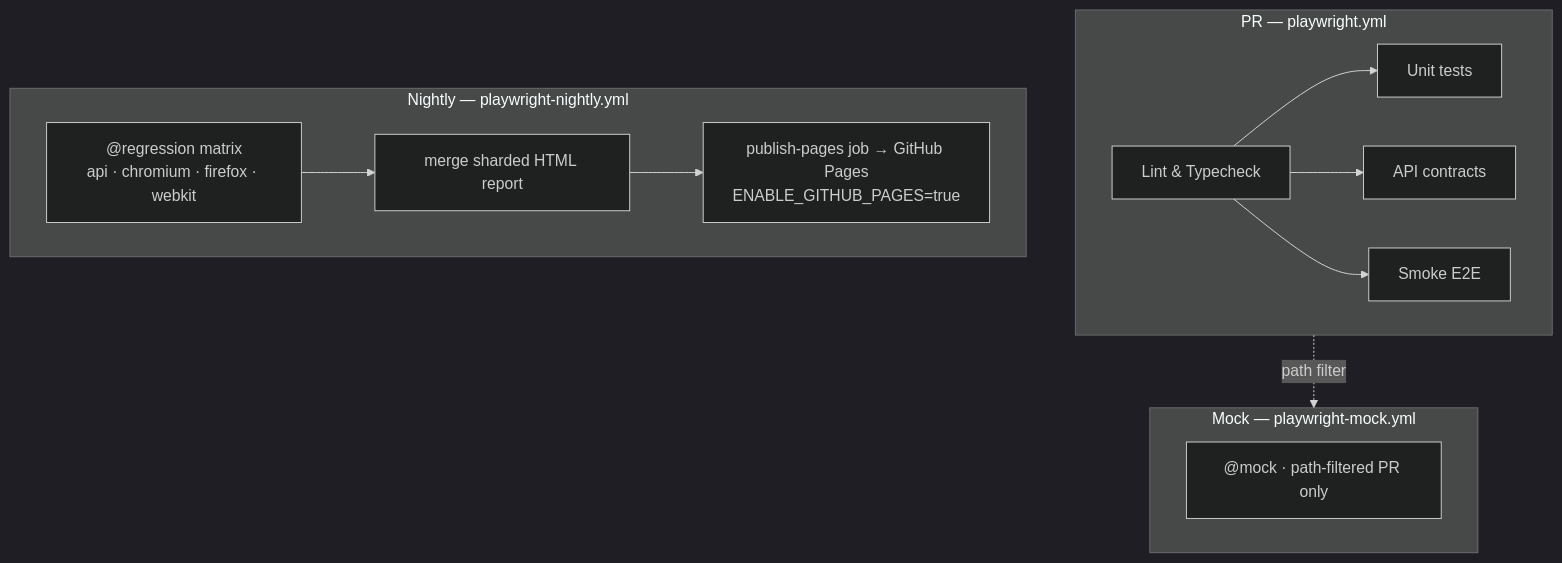
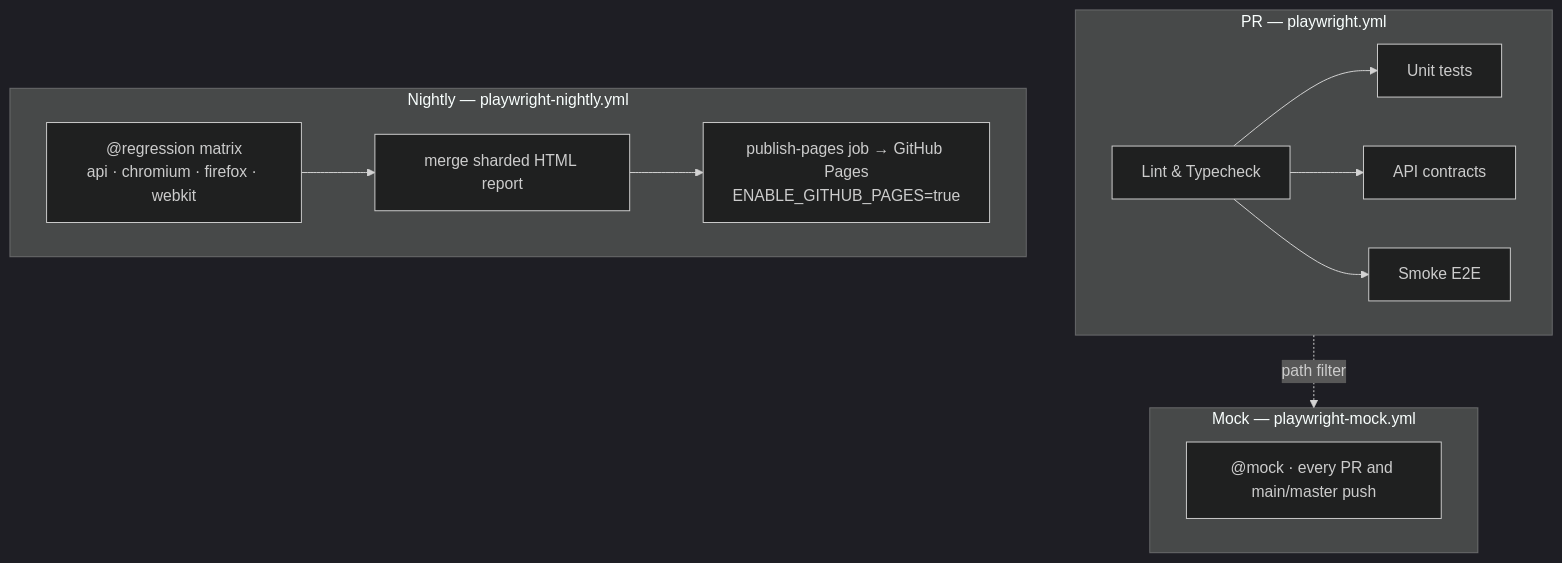
The second of 2 diagrams in README.md (hemantjanrao/playwright-learning), drawn with Mermaid (dark theme) before and after one commit. The commit also changed other lines of this file and 35 other files, not shown here.

````diff
--- a/README.md
+++ b/README.md
@@ -108,25 +108,25 @@
 ```mermaid
 flowchart TB
     subgraph PR["PR — playwright.yml"]
         Q["Lint & Typecheck"]
         U["Unit tests"]
         A["API contracts"]
         S["Smoke E2E"]
         Q --> U
         Q --> A
         Q --> S
     end
 
     subgraph NIGHTLY["Nightly — playwright-nightly.yml"]
         M["@regression matrix<br/>api · chromium · firefox · webkit"]
         MERGE["merge sharded HTML report"]
         PUB["publish-pages job → GitHub Pages<br/>ENABLE_GITHUB_PAGES=true"]
         M --> MERGE --> PUB
     end
 
     subgraph MOCK["Mock — playwright-mock.yml"]
-        MK["@mock · path-filtered PR only"]
+        MK["@mock · every PR and main/master push"]
     end
 
     PR -.->|path filter| MOCK
 ```
````
